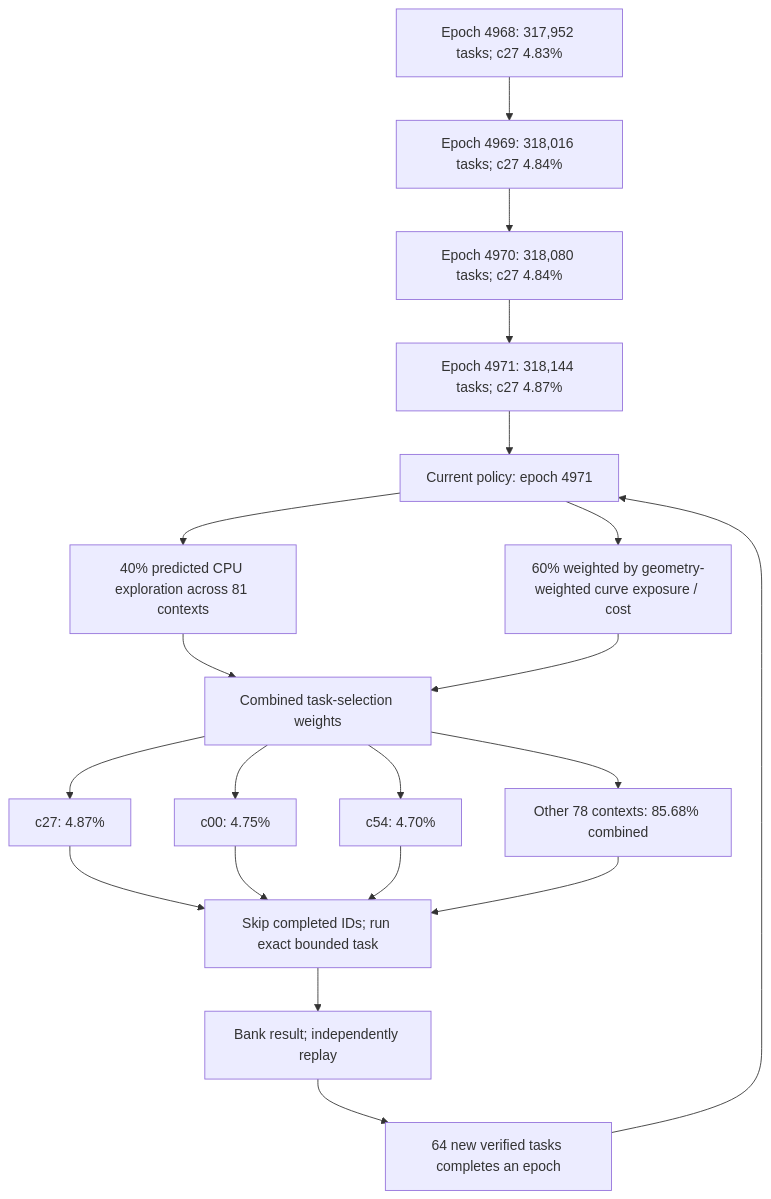
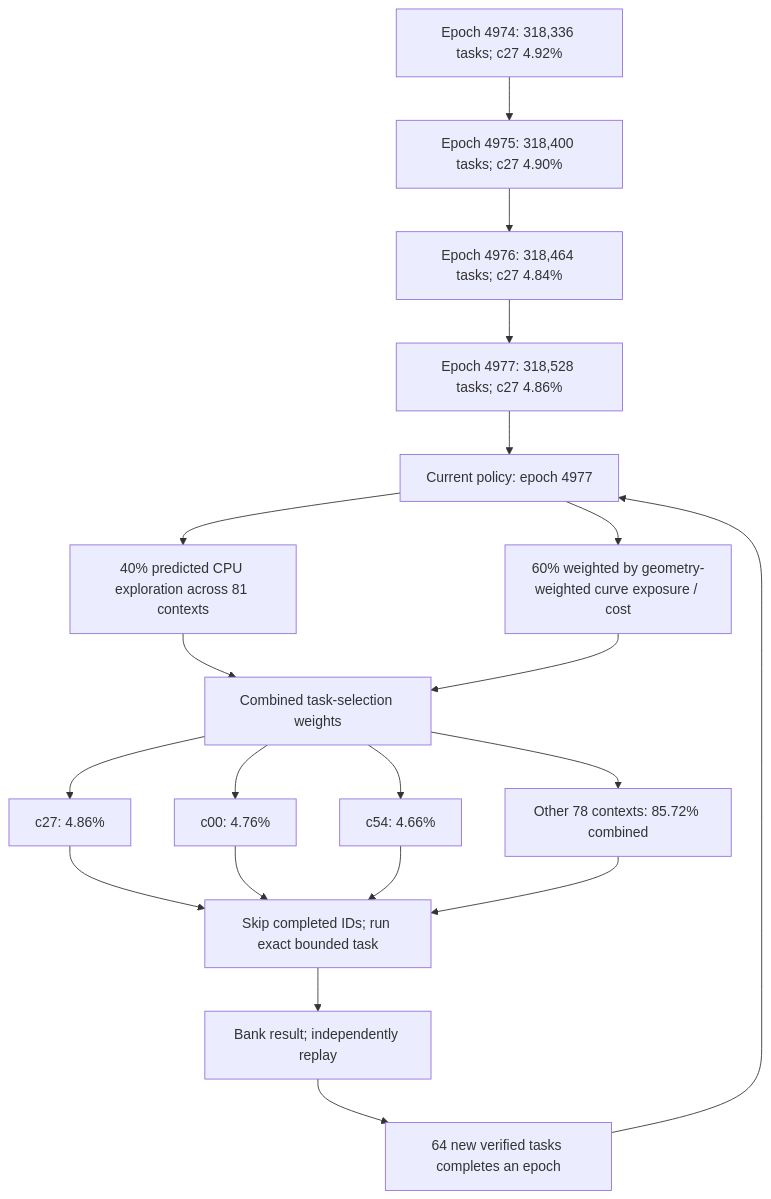
Before and after one commit to Kuberwastaken/math-gambling: the first of 3 diagrams in README.md, drawn with Mermaid. The commit also changed other lines of this file and 1131 other files, not shown here.

````diff
--- a/README.md
+++ b/README.md
@@ -60,27 +60,27 @@
 ```mermaid
 flowchart TD
-    H0["Epoch 4968: 317,952 tasks; c27 4.83%"]
-    H1["Epoch 4969: 318,016 tasks; c27 4.84%"]
+    H0["Epoch 4974: 318,336 tasks; c27 4.92%"]
+    H1["Epoch 4975: 318,400 tasks; c27 4.90%"]
     H0 --> H1
-    H2["Epoch 4970: 318,080 tasks; c27 4.84%"]
+    H2["Epoch 4976: 318,464 tasks; c27 4.84%"]
     H1 --> H2
-    H3["Epoch 4971: 318,144 tasks; c27 4.87%"]
+    H3["Epoch 4977: 318,528 tasks; c27 4.86%"]
     H2 --> H3
-    Policy["Current policy: epoch 4971"]
+    Policy["Current policy: epoch 4977"]
     H3 --> Policy
     Policy --> Explore["40% predicted CPU exploration across 81 contexts"]
     Policy --> Cost["60% weighted by geometry-weighted curve exposure / cost"]
     Explore --> Mix["Combined task-selection weights"]
     Cost --> Mix
-    Mix --> C0["c27: 4.87%"]
-    Mix --> C1["c00: 4.75%"]
-    Mix --> C2["c54: 4.70%"]
-    Mix --> Rest["Other 78 contexts: 85.68% combined"]
+    Mix --> C0["c27: 4.86%"]
+    Mix --> C1["c00: 4.76%"]
+    Mix --> C2["c54: 4.66%"]
+    Mix --> Rest["Other 78 contexts: 85.72% combined"]
     C0 --> Check["Skip completed IDs; run exact bounded task"]
     C1 --> Check
     C2 --> Check
     Rest --> Check
     Check --> Replay["Bank result; independently replay"]
     Replay --> Gate["64 new verified tasks completes an epoch"]
     Gate --> Policy
 ```
````
